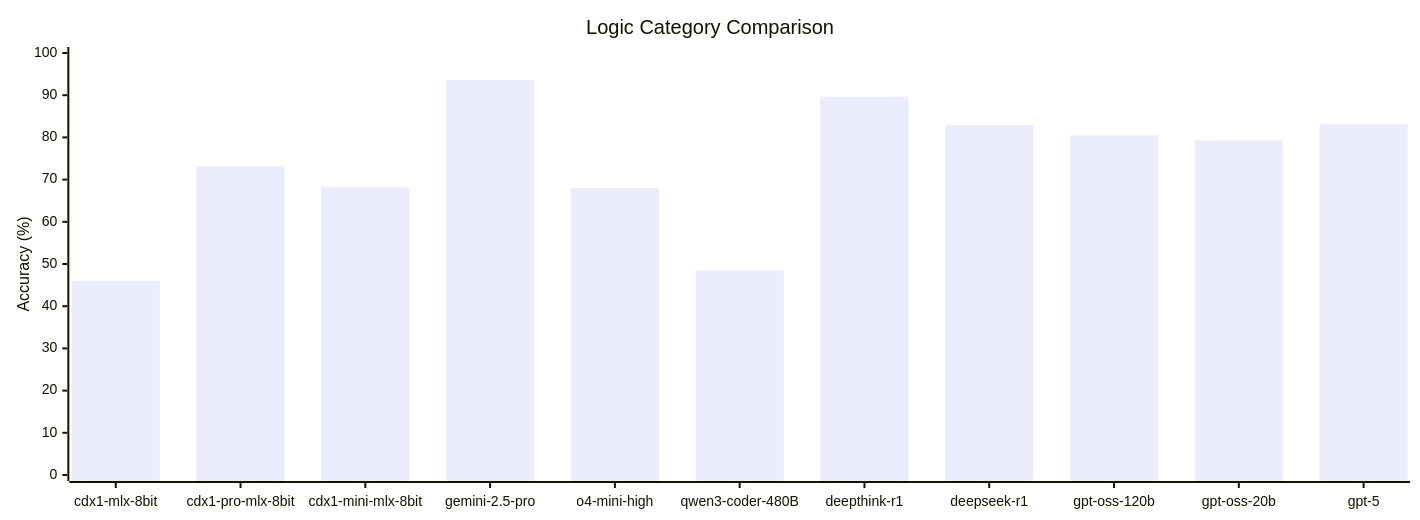
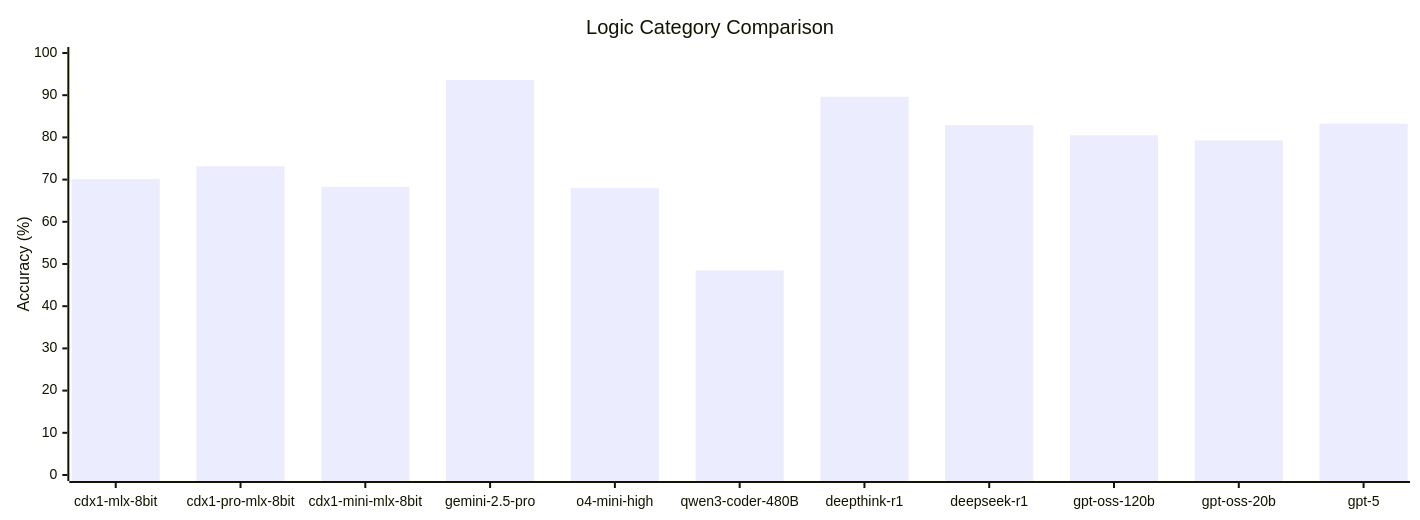
One commit to CycloneDX/cdxgen changed the first of 2 diagrams in contrib/xBOMEval/results/README.md. Above: the diagram before and after it, drawn with Mermaid. The commit also changed other lines of this file and 7 other files, not shown here.

````diff
--- a/contrib/xBOMEval/results/README.md
+++ b/contrib/xBOMEval/results/README.md
@@ -36,13 +35,13 @@
 ```mermaid
 ---
 config:
   xyChart:
     width: 1400
 ---
 %%{init: {'theme': 'default'}}%%
 xychart-beta
     title "Logic Category Comparison"
     x-axis [cdx1-mlx-8bit, cdx1-pro-mlx-8bit, cdx1-mini-mlx-8bit, gemini-2.5-pro, o4-mini-high, qwen3-coder-480B, deepthink-r1, deepseek-r1, gpt-oss-120b, gpt-oss-20b, gpt-5]
     y-axis "Accuracy (%)" 0 --> 100
-    bar [46.04, 73.17, 68.29, 93.6, 67.99, 48.48, 89.63, 82.92, 80.49, 79.27, 83.23]
+    bar [70.12, 73.17, 68.29, 93.6, 67.99, 48.48, 89.63, 82.92, 80.49, 79.27, 83.23]
 ```
````
